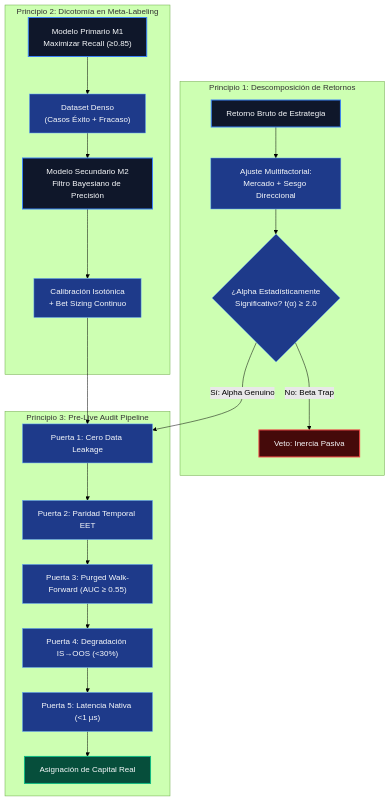
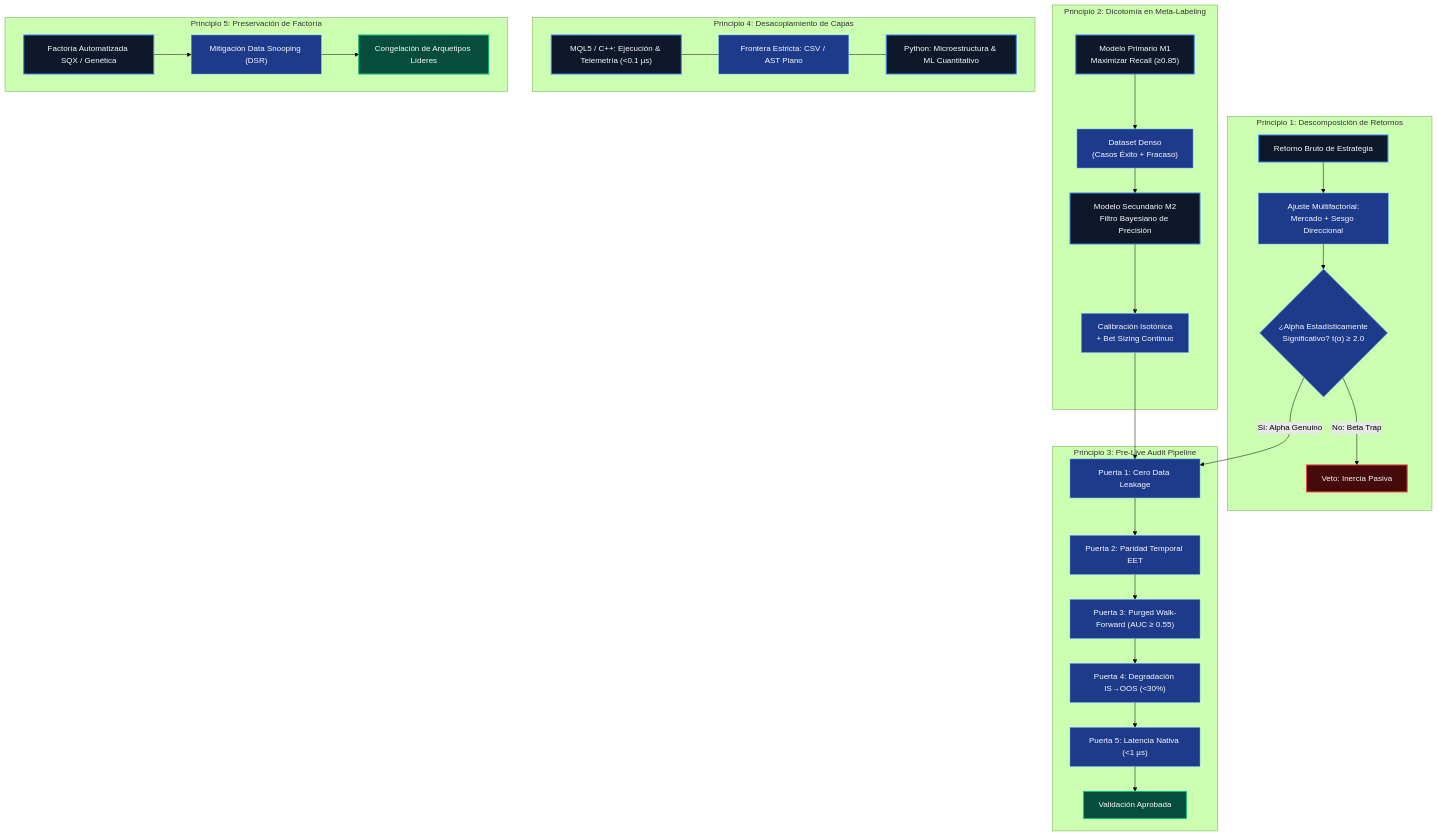
The first of 4 diagrams in docs/UNIVERSAL_PRINCIPLES.md (manuel-amado/hma-metalabeling-core), drawn with Mermaid (forest theme) before and after one commit. The commit also changed other lines of this file and 48 other files, not shown here.

````diff
--- a/docs/UNIVERSAL_PRINCIPLES.md
+++ b/docs/UNIVERSAL_PRINCIPLES.md
@@ -11,29 +11,43 @@
 ```mermaid
 flowchart TD
     classDef principle fill:#0f172a,stroke:#3b82f6,stroke-width:2px,color:#f8fafc
     classDef check fill:#1e3a8a,stroke:#60a5fa,stroke-width:1px,color:#f8fafc
     classDef gate fill:#450a0a,stroke:#ef4444,stroke-width:2px,color:#f8fafc
     classDef prod fill:#064e3b,stroke:#10b981,stroke-width:2px,color:#f8fafc
 
     subgraph P1["Principio 1: Descomposición de Retornos"]
         A1["Retorno Bruto de Estrategia"]:::principle --> B1["Ajuste Multifactorial:<br/>Mercado + Sesgo Direccional"]:::check
         B1 --> C1{"¿Alpha Estadísticamente<br/>Significativo? t(α) ≥ 2.0"}:::check
         C1 -->|No: Beta Trap| REJ1["Veto: Inercia Pasiva"]:::gate
     end
 
     subgraph P2["Principio 2: Dicotomía en Meta-Labeling"]
         A2["Modelo Primario M1<br/>Maximizar Recall (≥0.85)"]:::principle --> B2["Dataset Denso<br/>(Casos Éxito + Fracaso)"]:::check
         B2 --> C2["Modelo Secundario M2<br/>Filtro Bayesiano de Precisión"]:::principle
         C2 --> D2["Calibración Isotónica<br/>+ Bet Sizing Continuo"]:::check
     end
 
     subgraph P3["Principio 3: Pre-Live Audit Pipeline"]
         D2 --> G1["Puerta 1: Cero Data Leakage"]:::check
         C1 -->|Sí: Alpha Genuino| G1
         G1 --> G2["Puerta 2: Paridad Temporal EET"]:::check
         G2 --> G3["Puerta 3: Purged Walk-Forward (AUC ≥ 0.55)"]:::check
         G3 --> G4["Puerta 4: Degradación IS→OOS (<30%)"]:::check
         G4 --> G5["Puerta 5: Latencia Nativa (<1 µs)"]:::check
-        G5 --> PROD["Asignación de Capital Real"]:::prod
+        G5 --> PROD["Validación Aprobada"]:::prod
+    end
+
+    subgraph P4["Principio 4: Desacoplamiento de Capas"]
+        H1["MQL5 / C++: Ejecución & Telemetría (<0.1 µs)"]:::principle
+        H2["Frontera Estricta: CSV / AST Plano"]:::check
+        H3["Python: Microestructura & ML Cuantitativo"]:::principle
+        H1 --- H2 --- H3
+    end
+
+    subgraph P5["Principio 5: Preservación de Factoría"]
+        K1["Factoría Automatizada SQX / Genética"]:::principle
+        K2["Mitigación Data Snooping (DSR)"]:::check
+        K3["Congelación de Arquetipos Líderes"]:::prod
+        K1 --> K2 --> K3
     end
 ```
````
